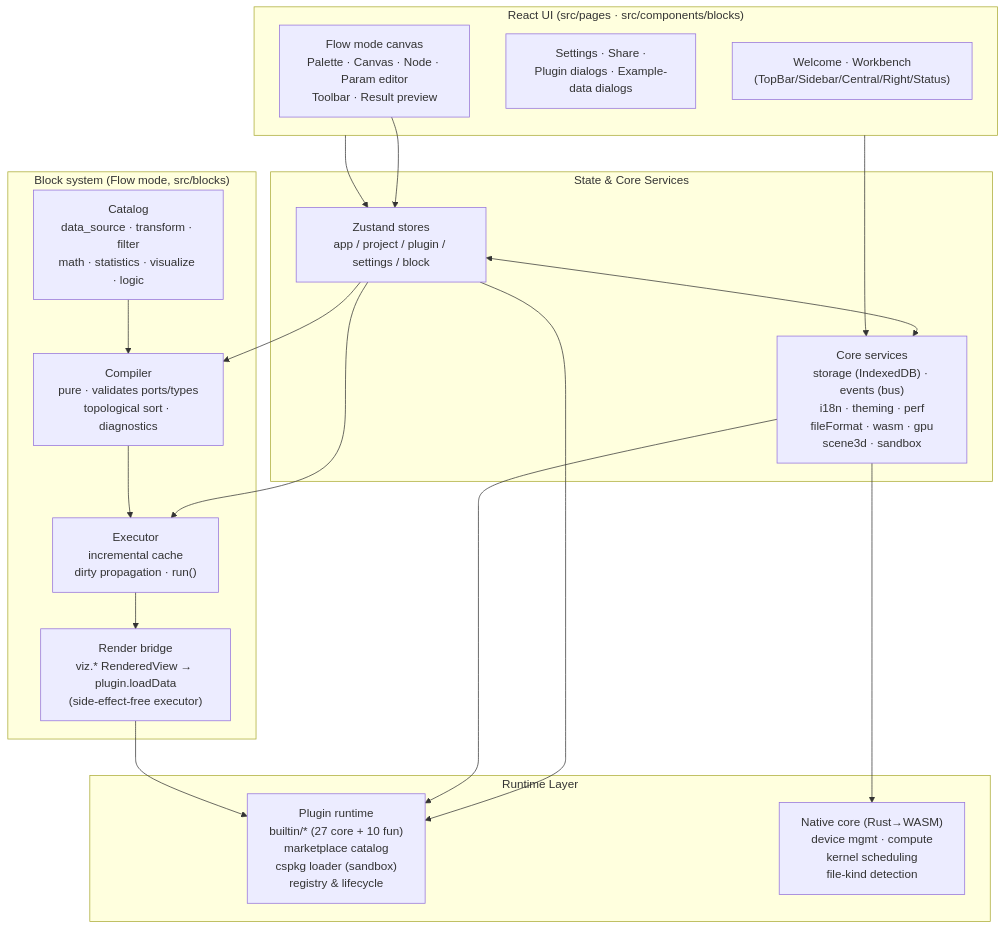
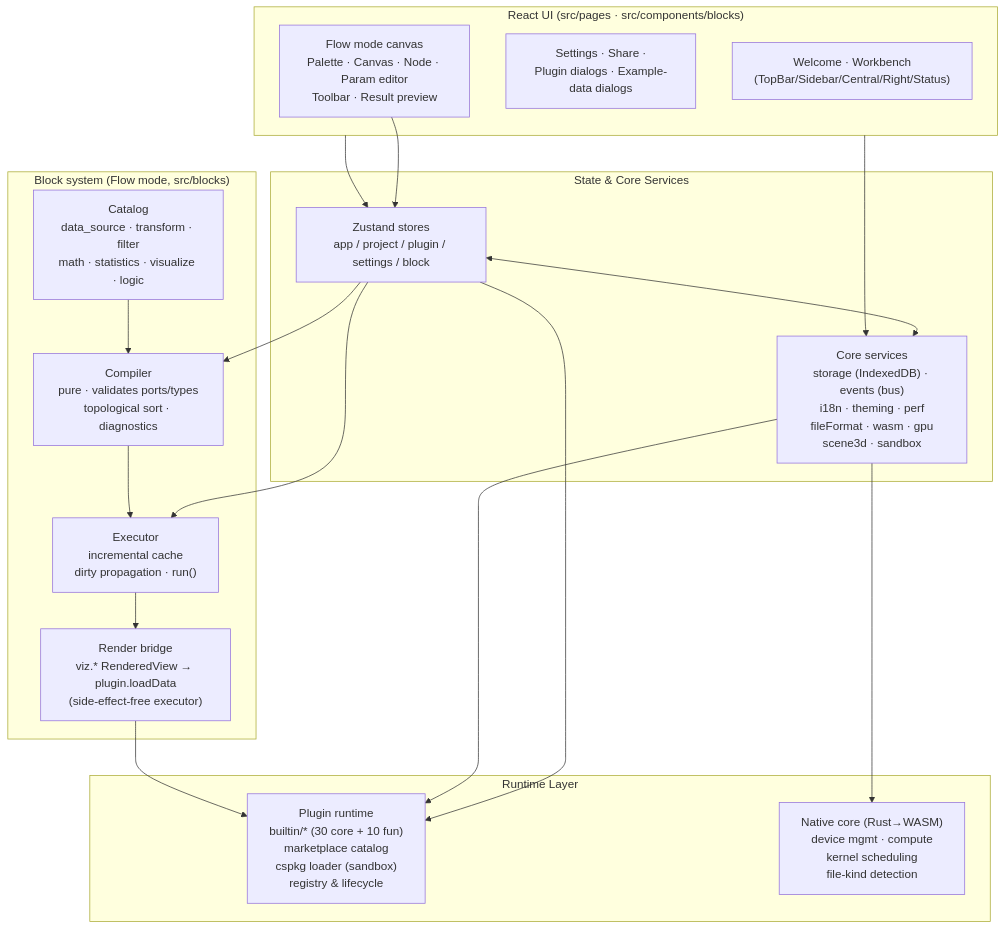
The diagram in README.md (Miwafi/ErgalicsStudio), drawn with Mermaid before and after one commit. The commit also changed other lines of this file and 2 other files, not shown here.

First line of the commit message:
build: 新增apache-arrow依赖，更新文档与统计绘图等功能

````diff
--- a/README.md
+++ b/README.md
@@ -245,39 +271,39 @@
 ```mermaid
 flowchart TB
     subgraph UI["React UI (src/pages · src/components/blocks)"]
         A1["Welcome · Workbench<br/>(TopBar/Sidebar/Central/Right/Status)"]
         A2["Settings · Share ·<br/>Plugin dialogs · Example-data dialogs"]
         A3["Flow mode canvas<br/>Palette · Canvas · Node · Param editor<br/>Toolbar · Result preview"]
     end
 
     subgraph State["State & Core Services"]
         B1["Zustand stores<br/>app / project / plugin / settings / block"]
         B2["Core services<br/>storage (IndexedDB) · events (bus)<br/>i18n · theming · perf<br/>fileFormat · wasm · gpu<br/>scene3d · sandbox"]
     end
 
     subgraph Blocks["Block system (Flow mode, src/blocks)"]
         D1["Catalog<br/>data_source · transform · filter<br/>math · statistics · visualize · logic"]
         D2["Compiler<br/>pure · validates ports/types<br/>topological sort · diagnostics"]
         D3["Executor<br/>incremental cache<br/>dirty propagation · run()"]
         D4["Render bridge<br/>viz.* RenderedView → plugin.loadData<br/>(side-effect-free executor)"]
     end
 
     subgraph Runtime["Runtime Layer"]
-        C1["Plugin runtime<br/>builtin/* (27 core + 10 fun)<br/>marketplace catalog<br/>cspkg loader (sandbox)<br/>registry & lifecycle"]
+        C1["Plugin runtime<br/>builtin/* (30 core + 10 fun)<br/>marketplace catalog<br/>cspkg loader (sandbox)<br/>registry & lifecycle"]
         C2["Native core (Rust→WASM)<br/>device mgmt · compute<br/>kernel scheduling<br/>file-kind detection"]
     end
 
     UI --> B1
     UI --> B2
     B1 <--> B2
     B1 --> C1
     B2 --> C1
     B2 --> C2
     A3 --> B1
     B1 --> D2
     B1 --> D3
     D2 --> D3
     D1 --> D2
     D3 --> D4
     D4 --> C1
 ```
````
